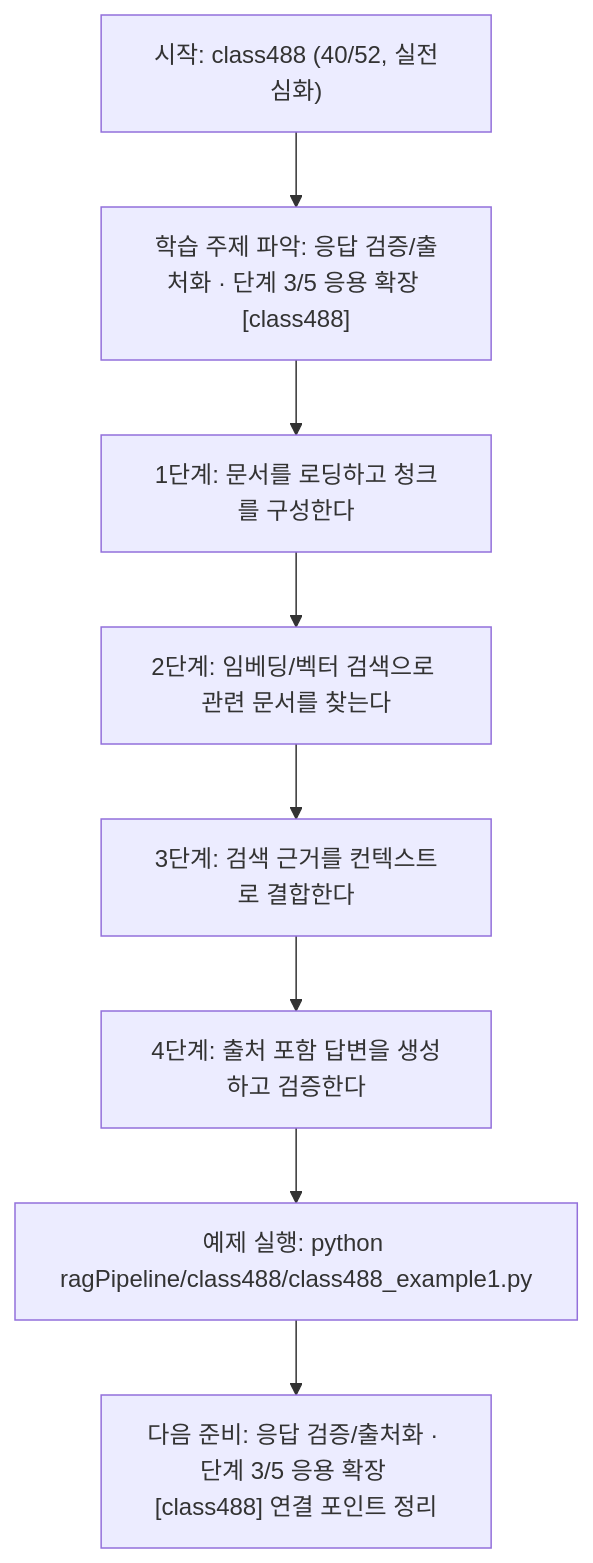
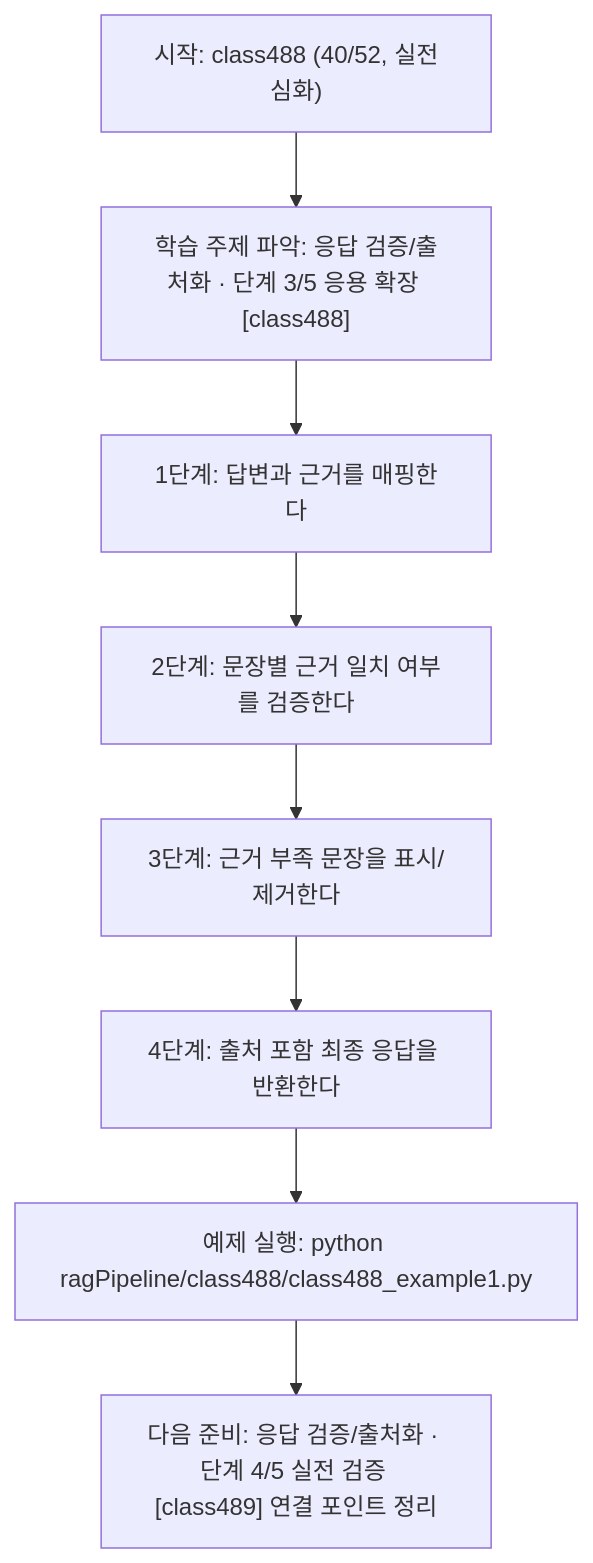
The diagram in ragPipeline/class488/class488.md (edumgt/Python-AI_Agent-Class), drawn with Mermaid before and after one commit. The commit also changed other lines of this file and 367 other files, not shown here.

````diff
--- a/ragPipeline/class488/class488.md
+++ b/ragPipeline/class488/class488.md
@@ -111,18 +92,18 @@
 ```mermaid
 flowchart TD
 N1["시작: class488 (40/52, 실전심화)"]
 N2["학습 주제 파악: 응답 검증/출처화 · 단계 3/5 응용 확장 [class488]"]
-N3["1단계: 문서를 로딩하고 청크를 구성한다"]
-N4["2단계: 임베딩/벡터 검색으로 관련 문서를 찾는다"]
-N5["3단계: 검색 근거를 컨텍스트로 결합한다"]
-N6["4단계: 출처 포함 답변을 생성하고 검증한다"]
+N3["1단계: 답변과 근거를 매핑한다"]
+N4["2단계: 문장별 근거 일치 여부를 검증한다"]
+N5["3단계: 근거 부족 문장을 표시/제거한다"]
+N6["4단계: 출처 포함 최종 응답을 반환한다"]
 N7["예제 실행: python ragPipeline/class488/class488_example1.py"]
-N8["다음 준비: 응답 검증/출처화 · 단계 3/5 응용 확장 [class488] 연결 포인트 정리"]
+N8["다음 준비: 응답 검증/출처화 · 단계 4/5 실전 검증 [class489] 연결 포인트 정리"]
 N1 --> N2
 N2 --> N3
 N3 --> N4
 N4 --> N5
 N5 --> N6
 N6 --> N7
 N7 --> N8
 ```
````
